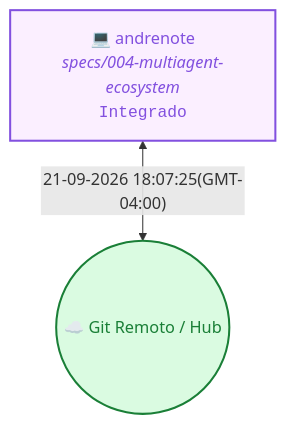
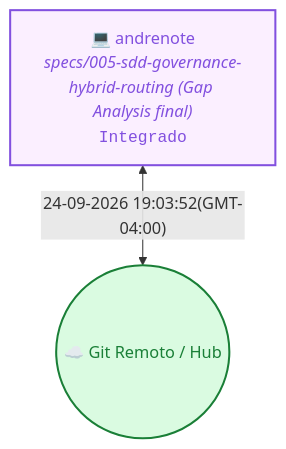
Before and after one commit to vitalia-platform/vitalia-sdd-context: the diagram in README.md, drawn with Mermaid. The commit also changed other lines of this file and 10 other files, not shown here.

````diff
--- a/README.md
+++ b/README.md
@@ -20,8 +20,8 @@
 ```mermaid
 flowchart TD
   Cloud(("☁️ Git Remoto / Hub"))
-  M_7f367bd3["💻 andrenote<br/><i>specs/004-multiagent-ecosystem</i><br/><code>Integrado</code>"]
-  M_7f367bd3 <-->|"21-09-2026 18:07:25(GMT-04:00)"| Cloud
+  M_7f367bd3["💻 andrenote<br/><i>specs/005-sdd-governance-hybrid-routing (Gap Analysis final)</i><br/><code>Integrado</code>"]
+  M_7f367bd3 <-->|"24-09-2026 19:03:52(GMT-04:00)"| Cloud
   style M_7f367bd3 stroke:#8250df,stroke-width:2px,fill:#fbefff,color:#8250df
   style Cloud stroke:#1a7f37,stroke-width:2px,fill:#dafbe1,color:#1a7f37
 ```
````
